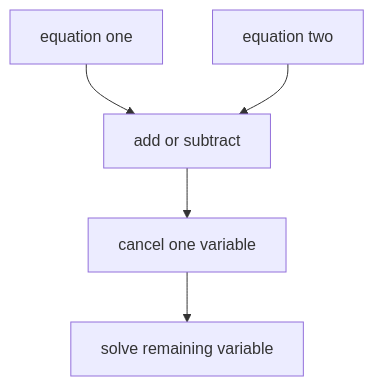
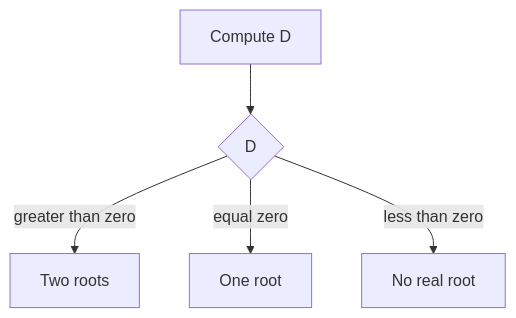
The seventh of 14 diagrams in CP_DSA_NOTES/000_MATH/001_cp_maths_basics.md (mthaiseer/springcloud-systemdesign-notes), drawn with Mermaid before and after one commit. The commit also changed other lines of this file and 1 other file, not shown here.

````diff
--- a/CP_DSA_NOTES/000_MATH/001_cp_maths_basics.md
+++ b/CP_DSA_NOTES/000_MATH/001_cp_maths_basics.md
@@ -266,7 +370,7 @@
 ```mermaid
 flowchart TD
-    A[equation one] --> C[add or subtract]
-    B[equation two] --> C
-    C --> D[cancel one variable]
-    D --> E[solve remaining variable]
+    A[Compute D] --> B{D}
+    B -->|greater than zero| C[Two roots]
+    B -->|equal zero| D[One root]
+    B -->|less than zero| E[No real root]
 ```
````
